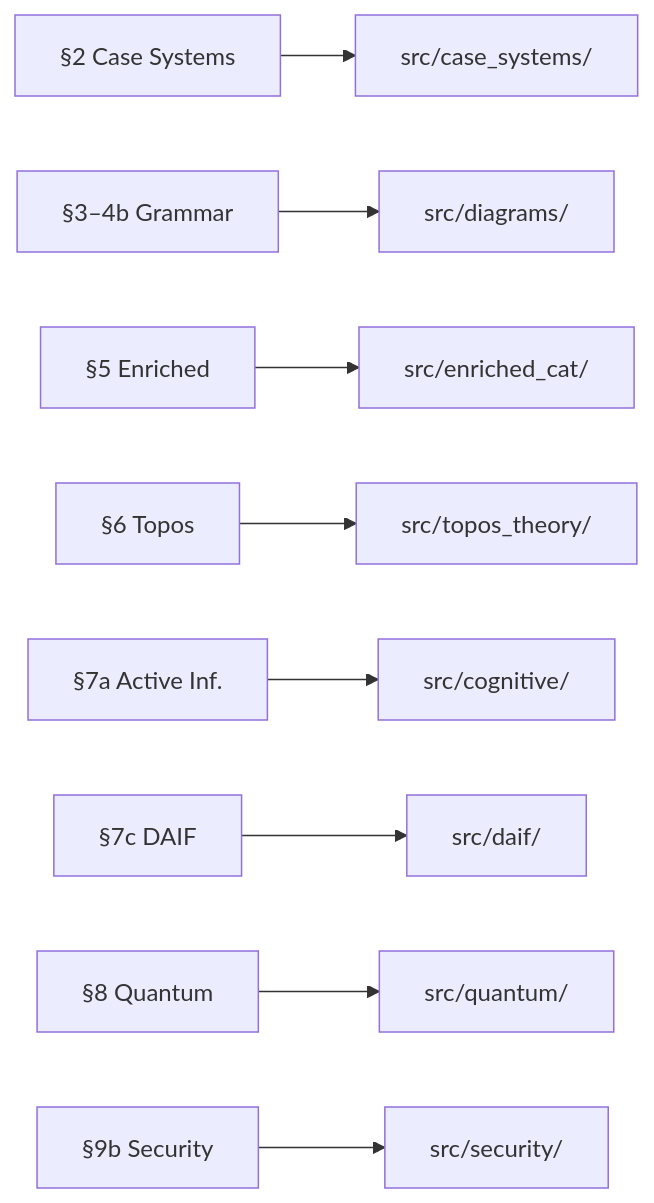
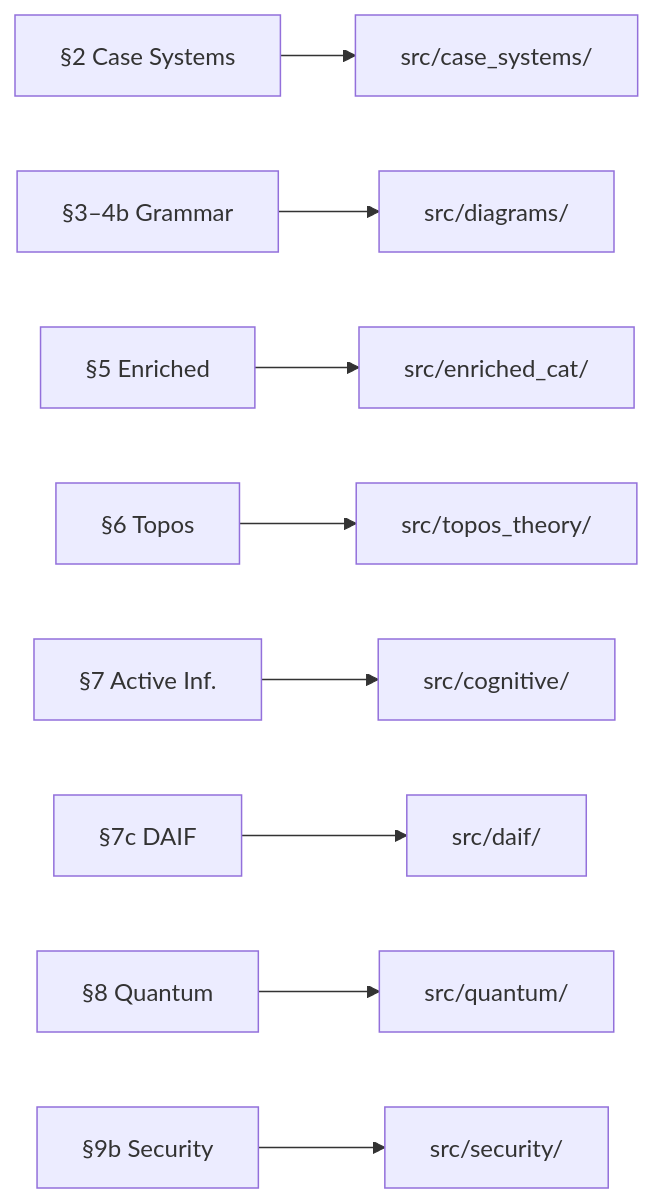
The diagram in docs/extension_guide.md (docxology/cognitive_case_diagrams), drawn with Mermaid before and after one commit. The commit also changed other lines of this file and 725 other files, not shown here.

````diff
--- a/docs/extension_guide.md
+++ b/docs/extension_guide.md
@@ -14,11 +14,11 @@
 ```mermaid
 graph LR
     S2["§2 Case Systems"] --> CS["src/case_systems/"]
     S3["§3–4b Grammar"] --> DG["src/diagrams/"]
     S5["§5 Enriched"] --> EC["src/enriched_cat/"]
     S6["§6 Topos"] --> TT["src/topos_theory/"]
-    S7a["§7a Active Inf."] --> CG["src/cognitive/"]
+    S7["§7 Active Inf."] --> CG["src/cognitive/"]
     S7c["§7c DAIF"] --> DA["src/daif/"]
     S8["§8 Quantum"] --> QM["src/quantum/"]
     S9b["§9b Security"] --> SC["src/security/"]
 ```
````
